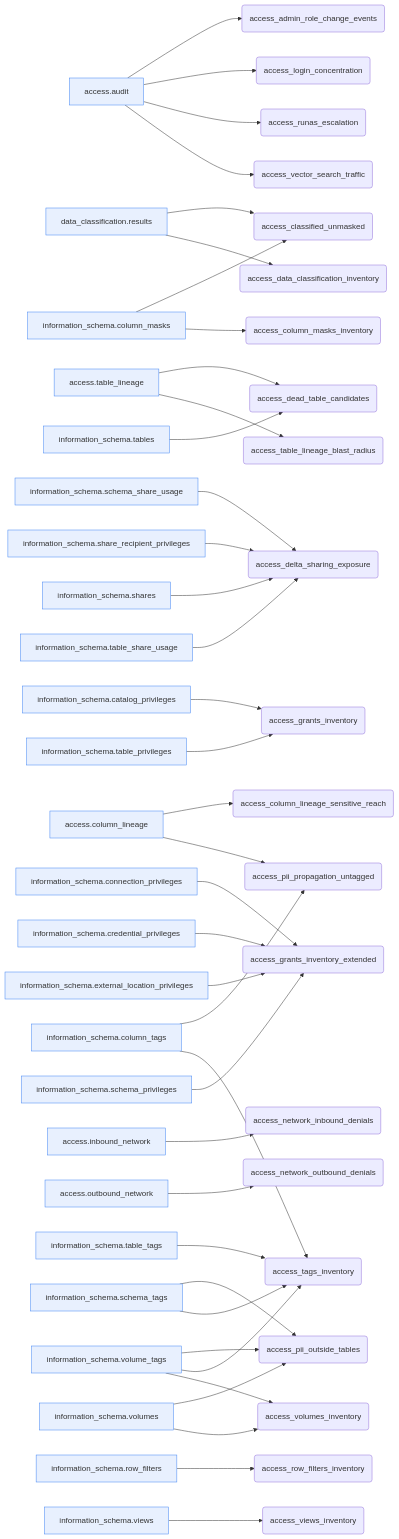
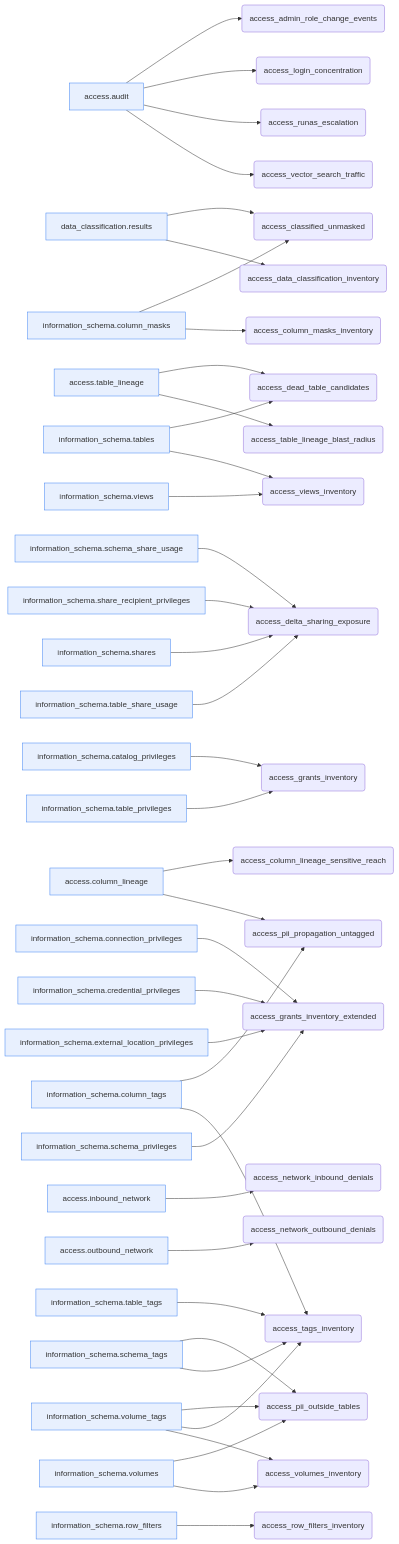
The third of 8 diagrams in lineage/query_lineage.md (darshanmeel/crosshire-audit-databricks-admin), drawn with Mermaid before and after one commit. The commit also changed other lines of this file and 7 other files, not shown here.

First line of the commit message:
fix(governance): correct 3 compile-breaking system-table inventory queries

````diff
--- a/lineage/query_lineage.md
+++ b/lineage/query_lineage.md
@@ -105,66 +105,67 @@
 ```mermaid
 graph LR
   system_access_audit["access.audit"]:::src
   system_access_audit --> governance_access__access_admin_role_change_events("access_admin_role_change_events")
   system_data_classification_results["data_classification.results"]:::src
   system_data_classification_results --> governance_access__access_classified_unmasked("access_classified_unmasked")
   system_information_schema_column_masks["information_schema.column_masks"]:::src
   system_information_schema_column_masks --> governance_access__access_classified_unmasked("access_classified_unmasked")
   system_access_column_lineage["access.column_lineage"]:::src
   system_access_column_lineage --> governance_access__access_column_lineage_sensitive_reach("access_column_lineage_sensitive_reach")
   system_information_schema_column_masks --> governance_access__access_column_masks_inventory("access_column_masks_inventory")
   system_data_classification_results --> governance_access__access_data_classification_inventory("access_data_classification_inventory")
   system_access_table_lineage["access.table_lineage"]:::src
   system_access_table_lineage --> governance_access__access_dead_table_candidates("access_dead_table_candidates")
   system_information_schema_tables["information_schema.tables"]:::src
   system_information_schema_tables --> governance_access__access_dead_table_candidates("access_dead_table_candidates")
   system_information_schema_schema_share_usage["information_schema.schema_share_usage"]:::src
   system_information_schema_schema_share_usage --> governance_access__access_delta_sharing_exposure("access_delta_sharing_exposure")
   system_information_schema_share_recipient_privileges["information_schema.share_recipient_privileges"]:::src
   system_information_schema_share_recipient_privileges --> governance_access__access_delta_sharing_exposure("access_delta_sharing_exposure")
   system_information_schema_shares["information_schema.shares"]:::src
   system_information_schema_shares --> governance_access__access_delta_sharing_exposure("access_delta_sharing_exposure")
   system_information_schema_table_share_usage["information_schema.table_share_usage"]:::src
   system_information_schema_table_share_usage --> governance_access__access_delta_sharing_exposure("access_delta_sharing_exposure")
   system_information_schema_catalog_privileges["information_schema.catalog_privileges"]:::src
   system_information_schema_catalog_privileges --> governance_access__access_grants_inventory("access_grants_inventory")
   system_information_schema_table_privileges["information_schema.table_privileges"]:::src
   system_information_schema_table_privileges --> governance_access__access_grants_inventory("access_grants_inventory")
   system_information_schema_connection_privileges["information_schema.connection_privileges"]:::src
   system_information_schema_connection_privileges --> governance_access__access_grants_inventory_extended("access_grants_inventory_extended")
   system_information_schema_credential_privileges["information_schema.credential_privileges"]:::src
   system_information_schema_credential_privileges --> governance_access__access_grants_inventory_extended("access_grants_inventory_extended")
   system_information_schema_external_location_privileges["information_schema.external_location_privileges"]:::src
   system_information_schema_external_location_privileges --> governance_access__access_grants_inventory_extended("access_grants_inventory_extended")
   system_information_schema_schema_privileges["information_schema.schema_privileges"]:::src
   system_information_schema_schema_privileges --> governance_access__access_grants_inventory_extended("access_grants_inventory_extended")
   system_access_audit --> governance_access__access_login_concentration("access_login_concentration")
   system_access_inbound_network["access.inbound_network"]:::src
   system_access_inbound_network --> governance_access__access_network_inbound_denials("access_network_inbound_denials")
   system_access_outbound_network["access.outbound_network"]:::src
   system_access_outbound_network --> governance_access__access_network_outbound_denials("access_network_outbound_denials")
   system_information_schema_schema_tags["information_schema.schema_tags"]:::src
   system_information_schema_schema_tags --> governance_access__access_pii_outside_tables("access_pii_outside_tables")
   system_information_schema_volume_tags["information_schema.volume_tags"]:::src
   system_information_schema_volume_tags --> governance_access__access_pii_outside_tables("access_pii_outside_tables")
   system_information_schema_volumes["information_schema.volumes"]:::src
   system_information_schema_volumes --> governance_access__access_pii_outside_tables("access_pii_outside_tables")
   system_access_column_lineage --> governance_access__access_pii_propagation_untagged("access_pii_propagation_untagged")
   system_information_schema_column_tags["information_schema.column_tags"]:::src
   system_information_schema_column_tags --> governance_access__access_pii_propagation_untagged("access_pii_propagation_untagged")
   system_information_schema_row_filters["information_schema.row_filters"]:::src
   system_information_schema_row_filters --> governance_access__access_row_filters_inventory("access_row_filters_inventory")
   system_access_audit --> governance_access__access_runas_escalation("access_runas_escalation")
   system_access_table_lineage --> governance_access__access_table_lineage_blast_radius("access_table_lineage_blast_radius")
   system_information_schema_column_tags --> governance_access__access_tags_inventory("access_tags_inventory")
   system_information_schema_schema_tags --> governance_access__access_tags_inventory("access_tags_inventory")
   system_information_schema_table_tags["information_schema.table_tags"]:::src
   system_information_schema_table_tags --> governance_access__access_tags_inventory("access_tags_inventory")
   system_information_schema_volume_tags --> governance_access__access_tags_inventory("access_tags_inventory")
   system_access_audit --> governance_access__access_vector_search_traffic("access_vector_search_traffic")
+  system_information_schema_tables --> governance_access__access_views_inventory("access_views_inventory")
   system_information_schema_views["information_schema.views"]:::src
   system_information_schema_views --> governance_access__access_views_inventory("access_views_inventory")
   system_information_schema_volume_tags --> governance_access__access_volumes_inventory("access_volumes_inventory")
   system_information_schema_volumes --> governance_access__access_volumes_inventory("access_volumes_inventory")
   classDef src fill:#e8f0fe,stroke:#4285f4;
 ```
````
